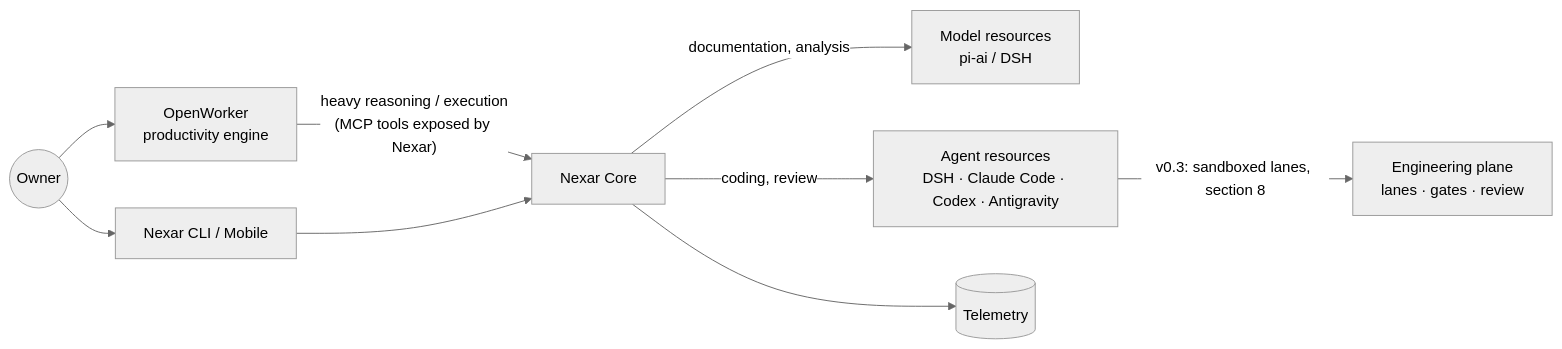
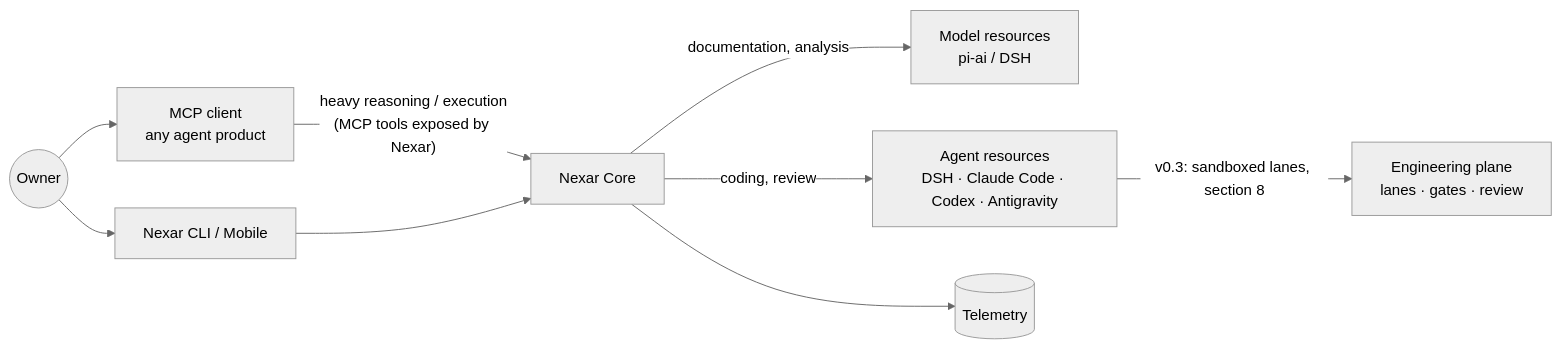
Before and after one commit to mohmedhat797/Nexar-Ai: the fourth of 8 diagrams in docs/architecture/overview.md, drawn with Mermaid (neutral theme). The commit also changed other lines of this file and 91 other files, not shown here.

First line of the commit message:
refactor: remove OpenWorker from every execution path (UDSH-06)

````diff
--- a/docs/architecture/overview.md
+++ b/docs/architecture/overview.md
@@ -207,11 +207,11 @@
 ```mermaid
 flowchart LR
-  U((Owner)) --> OW[OpenWorker<br/>productivity engine]
+  U((Owner)) --> OW[MCP client<br/>any agent product]
   U --> CLI[Nexar CLI / Mobile]
   OW -- "heavy reasoning / execution<br/>(MCP tools exposed by Nexar)" --> NX[Nexar Core]
   CLI --> NX
   NX -->|documentation, analysis| M[Model resources<br/>pi-ai / DSH]
   NX -->|coding, review| AG[Agent resources<br/>DSH · Claude Code · Codex · Antigravity]
   AG -->|v0.3: sandboxed lanes, section 8| DS[Engineering plane<br/>lanes · gates · review]
   NX --> TEL[(Telemetry)]
 ```
````
